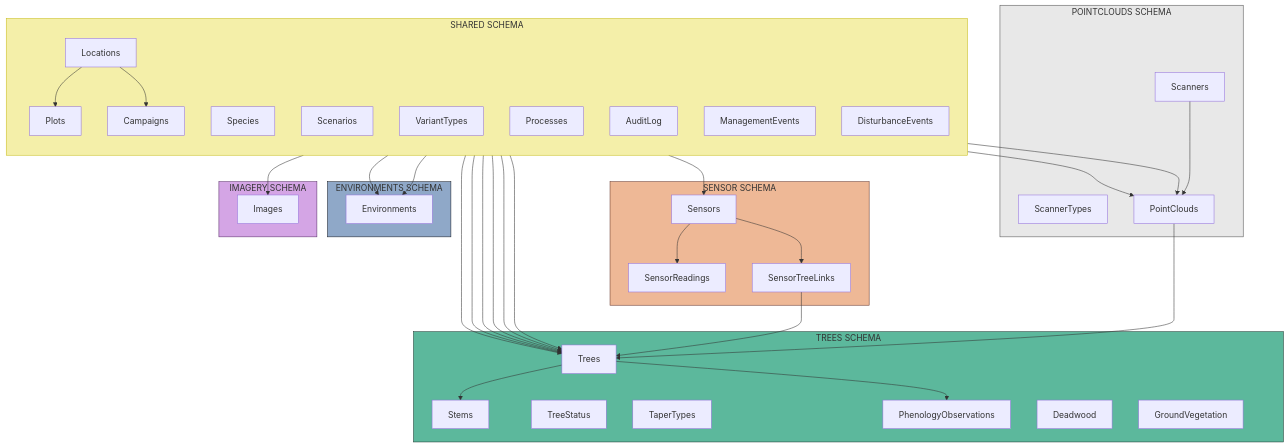
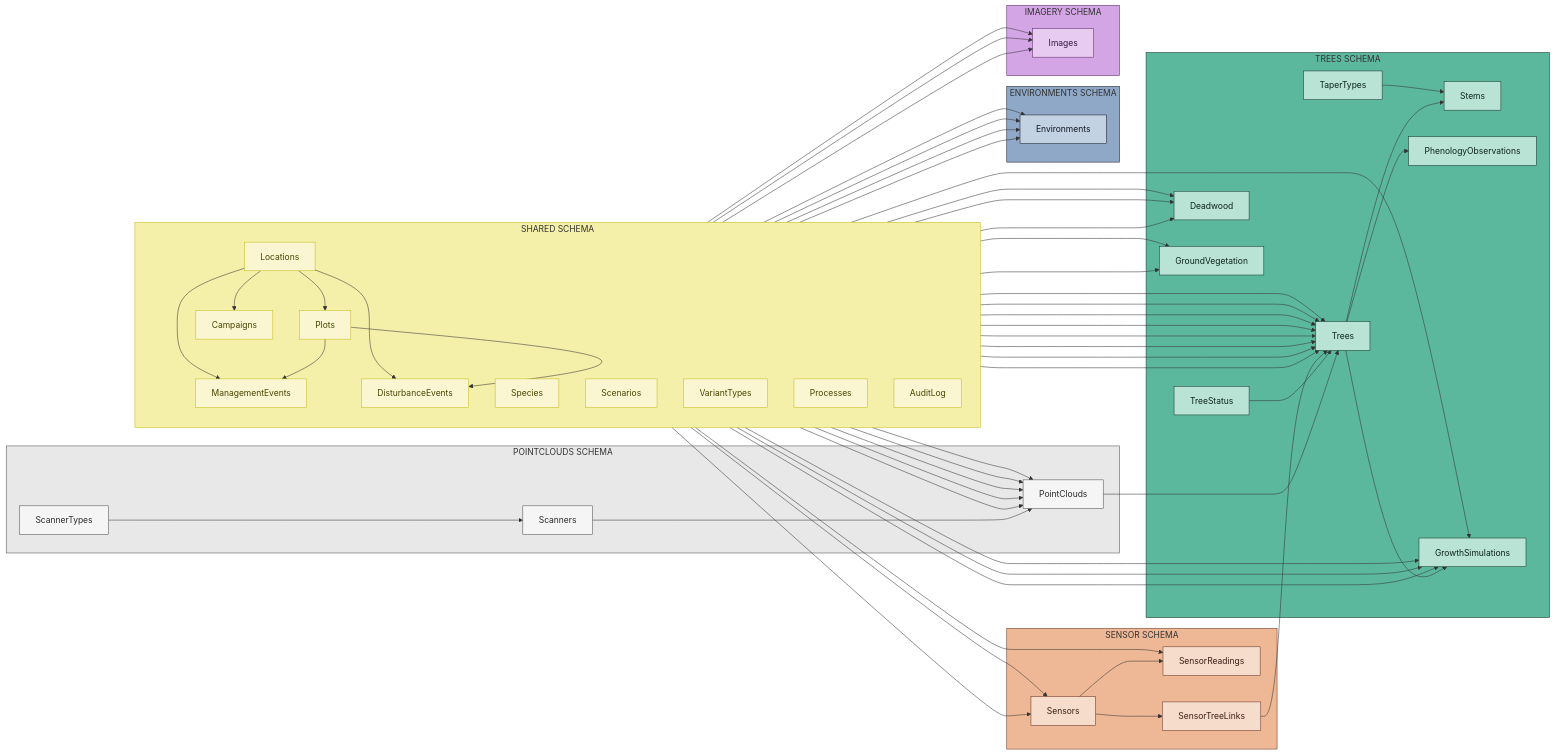
The first of 7 diagrams in docs/database-overview.md (XRFutureForests/digital-twin-db), drawn with Mermaid before and after one commit. The commit also changed other lines of this file and 27 other files, not shown here.

First line of the commit message:
docs: restructure around database-overview and propagate schema colour scheme

````diff
--- a/docs/database-overview.md
+++ b/docs/database-overview.md
@@ -25,5 +25,5 @@
 ```mermaid
-flowchart TB
+flowchart LR
     subgraph shared["SHARED SCHEMA"]
         direction TB
         Locations["Locations"]
@@ -52,6 +52,7 @@
         PhenologyObservations["PhenologyObservations"]
         Deadwood["Deadwood"]
         GroundVegetation["GroundVegetation"]
+        GrowthSimulations["GrowthSimulations"]
     end
 
     subgraph sensor["SENSOR SCHEMA"]
@@ -76,16 +77,51 @@
     Locations --> Environments
     Locations --> Campaigns
     Locations --> Images
+    Locations --> ManagementEvents
+    Locations --> DisturbanceEvents
+    Locations --> Deadwood
+    Locations --> GroundVegetation
+    Locations --> GrowthSimulations
+
     Plots --> Trees
+    Plots --> ManagementEvents
+    Plots --> DisturbanceEvents
+    Plots --> Deadwood
+    Plots --> GroundVegetation
+    Plots --> Images
+    Plots --> GrowthSimulations
+
     Species --> Trees
+    Species --> Deadwood
+    Species --> GrowthSimulations
+
     Scenarios --> PointClouds
     Scenarios --> Trees
     Scenarios --> Environments
+    Scenarios --> SensorReadings
+    Scenarios --> GrowthSimulations
+
+    VariantTypes --> PointClouds
+    VariantTypes --> Trees
+    VariantTypes --> Environments
+
+    Processes --> PointClouds
+    Processes --> Trees
+    Processes --> Environments
+
+    Campaigns --> PointClouds
     Campaigns --> Trees
+    Campaigns --> Sensors
+    Campaigns --> Images
+
     PointClouds --> Trees
+    TreeStatus --> Trees
     Trees --> Stems
     Trees --> PhenologyObservations
+    Trees --> GrowthSimulations
+    TaperTypes --> Stems
     DisturbanceEvents --> Trees
+    ScannerTypes --> Scanners
     Scanners --> PointClouds
     Sensors --> SensorReadings
     Sensors --> SensorTreeLinks
@@ -97,4 +133,16 @@
     style sensor fill:#eeb896,stroke:#673428
     style environments fill:#8fa8c8,stroke:#181d26
     style imagery fill:#d4a5e5,stroke:#5a2d6a
+    classDef cShared fill:#FAF6D2,stroke:#c7bb1a,color:#4a4500;
+    classDef cPc fill:#f5f5f5,stroke:#4f4f4f,color:#2a2a2a;
+    classDef cTrees fill:#b9e3d4,stroke:#19392f,color:#0c241c;
+    classDef cSensor fill:#f6ddcb,stroke:#673428,color:#3c1d13;
+    classDef cEnv fill:#c3d2e3,stroke:#181d26,color:#10151d;
+    classDef cImg fill:#e7cbf1,stroke:#5a2d6a,color:#321640;
+    class Locations,Plots,Species,Scenarios,VariantTypes,Campaigns,Processes,AuditLog,ManagementEvents,DisturbanceEvents cShared;
+    class ScannerTypes,Scanners,PointClouds cPc;
+    class Trees,Stems,TreeStatus,TaperTypes,PhenologyObservations,Deadwood,GroundVegetation,GrowthSimulations cTrees;
+    class Sensors,SensorReadings,SensorTreeLinks cSensor;
+    class Environments cEnv;
+    class Images cImg;
 ```
````
